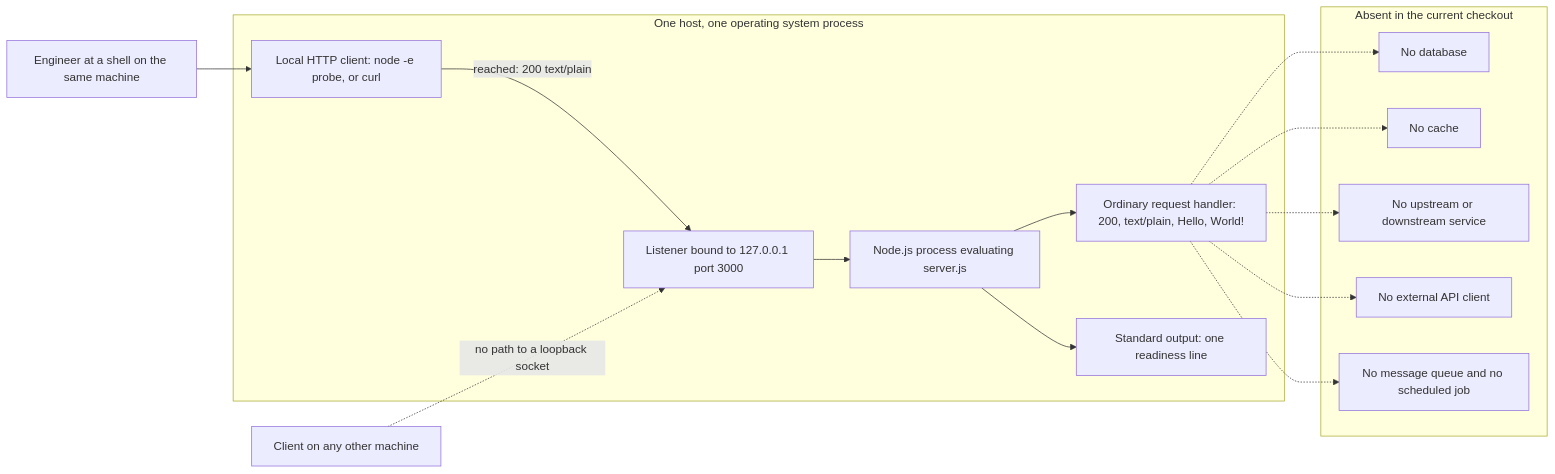
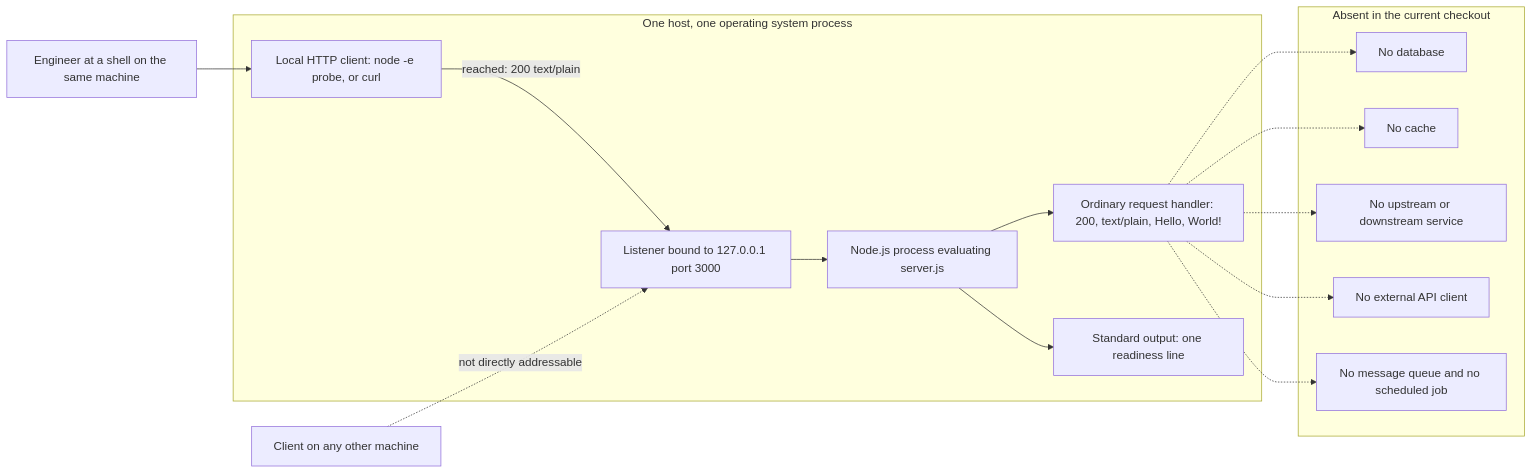
The diagram in README.md (ajitblitzy/Ajit_GH_Repo-12-Mar-26), drawn with Mermaid before and after one commit. The commit also changed other lines of this file and 8 other files, not shown here.

````diff
--- a/README.md
+++ b/README.md
@@ -252,30 +329,30 @@
 ```mermaid
 flowchart LR
     DEV["Engineer at a shell on the same machine"]
     OFFHOST["Client on any other machine"]
     subgraph HOST["One host, one operating system process"]
         CLIENT["Local HTTP client: node -e probe, or curl"]
         LISTENER["Listener bound to 127.0.0.1 port 3000"]
         PROCESS["Node.js process evaluating server.js"]
         HANDLER["Ordinary request handler: 200, text/plain, Hello, World!"]
         STDOUT["Standard output: one readiness line"]
     end
     subgraph ABSENT["Absent in the current checkout"]
         NODB["No database"]
         NOCACHE["No cache"]
         NOSERVICE["No upstream or downstream service"]
         NOAPI["No external API client"]
         NOQUEUE["No message queue and no scheduled job"]
     end
     DEV --> CLIENT
     CLIENT -->|"reached: 200 text/plain"| LISTENER
     LISTENER --> PROCESS
     PROCESS --> HANDLER
     PROCESS --> STDOUT
-    OFFHOST -.->|"no path to a loopback socket"| LISTENER
+    OFFHOST -.->|"not directly addressable"| LISTENER
     HANDLER -.-> NODB
     HANDLER -.-> NOCACHE
     HANDLER -.-> NOSERVICE
     HANDLER -.-> NOAPI
     HANDLER -.-> NOQUEUE
 ```
````
